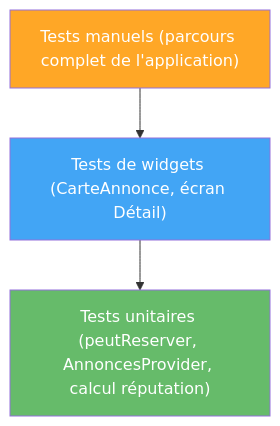
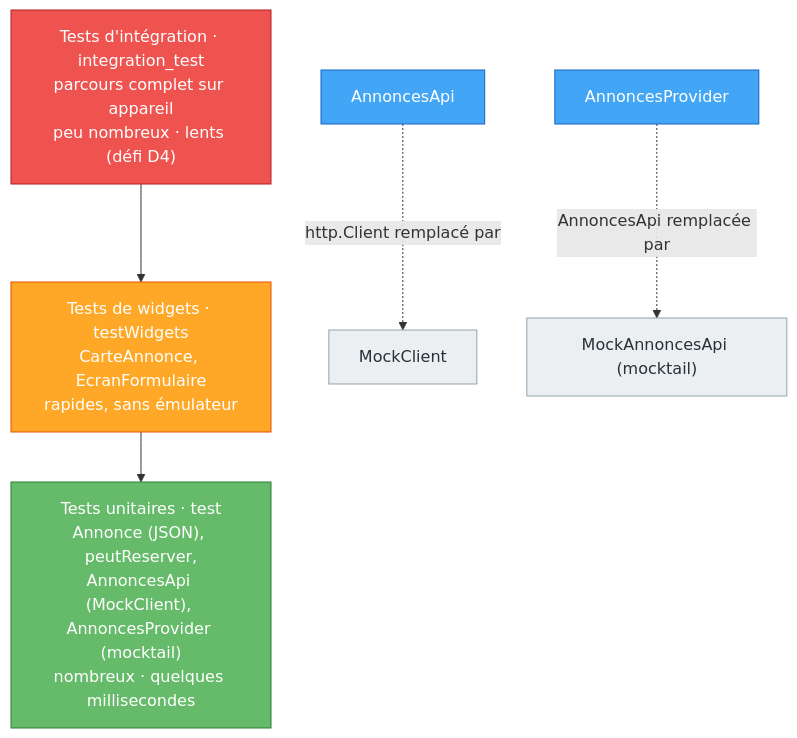
The diagram in TP9_Tests.md (hajjiBel/flutter_2026), drawn with Mermaid before and after one commit. The commit also changed other lines of this file, not shown here.

First line of the commit message:
TP9 : refonte de l'énoncé (tests par couche, MockClient, mocktail, partie anti-IA)

````diff
--- a/TP9_Tests.md
+++ b/TP9_Tests.md
@@ -29,12 +83,16 @@
 ```mermaid
 flowchart TB
-    A["Tests de widgets (CarteAnnonce, écran Détail)"]
-    B["Tests unitaires (peutReserver, AnnoncesProvider, calcul réputation)"]
-    C["Tests manuels (parcours complet de l'application)"]
+    E2E["Tests d'intégration · integration_test<br/>parcours complet sur appareil<br/>peu nombreux · lents (défi D4)"]:::e2e
+    W["Tests de widgets · testWidgets<br/>CarteAnnonce, EcranFormulaire<br/>rapides, sans émulateur"]:::widget
+    U["Tests unitaires · test<br/>Annonce (JSON), peutReserver,<br/>AnnoncesApi (MockClient), AnnoncesProvider (mocktail)<br/>nombreux · quelques millisecondes"]:::unit
+    E2E --> W --> U
 
-    C --> A --> B
+    API["AnnoncesApi"]:::real -.->|"http.Client remplacé par"| MC["MockClient"]:::fake
+    PROV["AnnoncesProvider"]:::real -.->|"AnnoncesApi remplacée par"| MK["MockAnnoncesApi (mocktail)"]:::fake
 
-    style B fill:#66bb6a,color:#fff
-    style A fill:#42a5f5,color:#fff
-    style C fill:#ffa726,color:#fff
+    classDef e2e fill:#ef5350,stroke:#b71c1c,color:#fff
+    classDef widget fill:#ffa726,stroke:#e65100,color:#fff
+    classDef unit fill:#66bb6a,stroke:#2e7d32,color:#fff
+    classDef real fill:#42a5f5,stroke:#1565c0,color:#fff
+    classDef fake fill:#eceff1,stroke:#90a4ae,color:#263238
 ```
````
